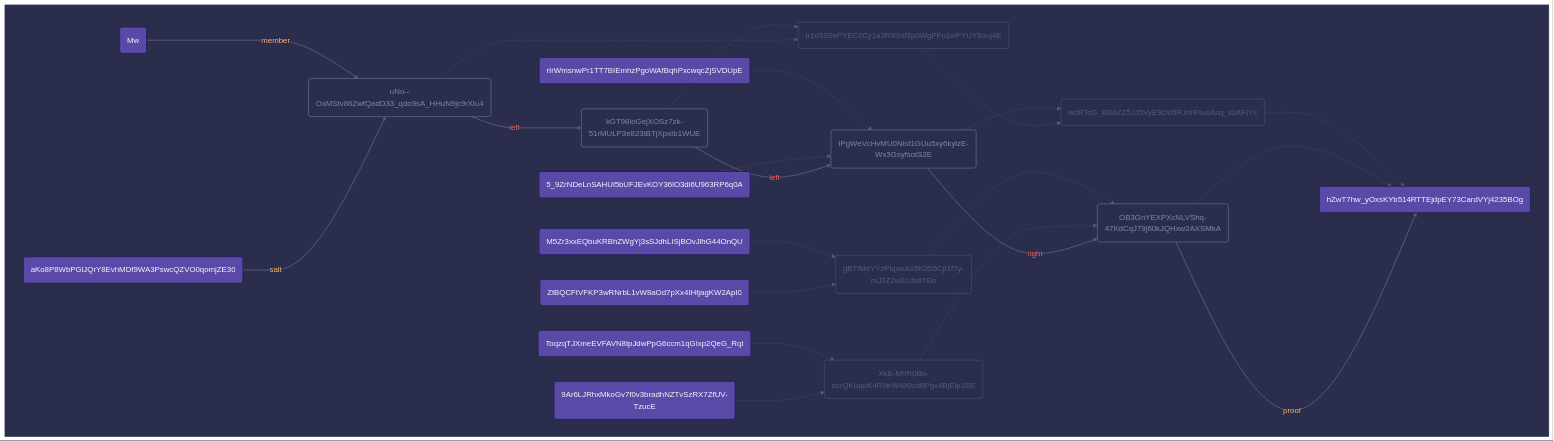
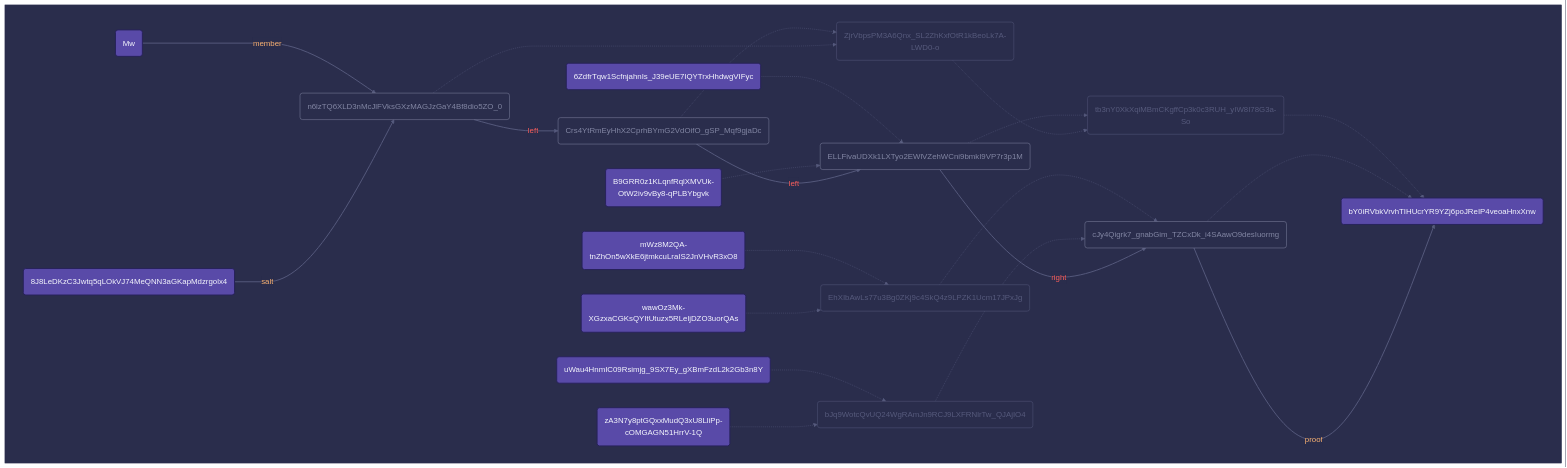
The diagram in packages/merkle-proof/merkle-combined.md (transmute-industries/verifiable-data), drawn with Mermaid before and after one commit. The commit also changed 19 other files, not shown here.

```diff
--- a/packages/merkle-proof/merkle-combined.md
+++ b/packages/merkle-proof/merkle-combined.md
@@ -22,60 +22,60 @@
 linkStyle default fill:none, stroke-width: 1px, stroke: #565a7c
   subgraph &nbsp;
     direction LR
-		fca1f7d357bc7db71ecfa0e8d10fafb4754a71745a2276964e7c21e7188660da("hZwT7hw_yOxsKYb514RTTEjdpEY73CardVYj4235BOg") 
-		2764e768f29811dabf308f93e6b76f4c9edf100f51ac0fd9d3928101a92af2f4("iscRTcG_BDbZZ5JJ5VyE9Od5RJmiFtuoAsq_s2AFIYc") 
-		ef18fdcdecf7266c386a8536c36176fa7380d14600e825713343208ab83afad9("OB3GnYEXPXcNLVShq-47KdCqJ79j60kJQHxw2AXSMkA") 
-		3916a2df29c29440b3c29a3df1df70dcf5c642be8f964b7f27034ffd585e6290("IPgWeVcHvMU0Nisf1GUu5xy6kylzE-Wx3GsyfsotS2E") 
-		b5b9802b26745d9debfb1ea0002b86a52d9bcac3eafeebd8d71d5531211bc472("tr1o5S9kPYECcCy1a3R9Snf3p0WgPFu1wPYUY6uuj4E") 
-		167746b8bd6907f2babd3bd3abc790d330e2bb680c8bc018dddc4ae411c48afd("gBTlMdYYzPlqaoA15h2D5CjI1f7y-mJ2Z2w2oJbbTEo") 
-		59b5ab50b103b22cb5d36ce1f1f42ed0f380d1e35be366ef65bedfd322926f4a("XkE-MhR0Bo-ocrQKuqoK4R9eW480ud6Pgx4BjElp1BE") 
-		a32550d24f3c960035f48b7839b17e18aa6b92531a7c5c4ac242427ecf003693("rIrWmsnwPr1TT7BIEmhzPgoWAfBqhPxcwqcZjSVDUpE") 
-		07a32339385367edc6066d06bc7f87c74441a596d076948754e4768a8ad004e7("5_9ZrNDeLnSAHUl5bUFJEvKOY36lO3di6U963RP6q0A") 
-		f9210b82dd198e1f049f793d69d9ff9eaa78aab930d19ffcf650330d450e3f19("kGT98loGejXOSz7zk-51rMULP3e823tBTjXpxIb1WUE") 
-		42b869007c27bed0f28fe75e04b87214b501fdc6e8ee237984e67ef8eaccd550("uNo--OxMStv86ZwfQadD33_qdo9sA_HHuN9jc9rXlu4") 
-		f8e5da08e515a7fcbc496cb359001f2e363e8acf0a2166c81e032f8e3617e190("M5Zr3xxEQbuKRBhZWgYj3sSJdhLISjBOvJlhG44OnQU") 
-		b60430bd7cce63aaae6e0f797d7997c792e673ad18de37ca7c8cde970d3cdeff("ZtBQCFtVFKP3wRNrbL1vW8aOd7pXx4IHtjagKW2ApI0") 
-		cf1a3eff49dd21b0a9b1ae3d2f9324c278f7095cfdd81993de8dd47797acee3b("ToqzqTJXmeEVFAVN8tpJdwPpG6ccm1qGIxp2QeG_RqI") 
-		f0913d5b8b3bdcef79af8a68aab2475f367a483f39362edd9f9b4d845a781ba9("9Ar6LJRhxMkoGv7f0v3bradhNZTvSzRX7ZfUV-TzucE") 
+		d57a9a1e875746ba91a693567761bf616f0c83478688fc448369f45187b33ab7("bY0iRVbkVrvhTIHUcrYR9YZj6poJReIP4veoaHnxXnw") 
+		5b833e08a9aa1c37c08a30ed473e70b9033905501dfa5d4f504c76ff9faa9fa0("tb3nY0XkXqiMBmCKgffCp3k0c3RUH_yIW8I78G3a-So") 
+		1b834b9480615d9c9b650e1007138d466bedc35b4c9cb401cbf06effbab9c471("cJy4Qigrk7_gnabGim_TZCxDk_i4SAawO9desIuormg") 
+		0f16fb4931662a76b8a0fbdd7856a4502616b80b1833a2cc4fc6a3c3a22dde78("ELLFivaUDXk1LXTyo2EWlVZehWCni9bmkI9VP7r3p1M") 
+		dbca71c3e371765b06775f4383e85380ea518d2df196cc88d5b132fdd9e56b23("ZjrVbpsPM3A6Qnx_SL2ZhKxfOtR1kBeoLk7A-LWD0-o") 
+		3d478150b0ad6077f6244a879b9fce5efcbcead26bbb5c70f05fbacb79d4560e("EhXIbAwLs77u3Bg0ZKj9c4SkQ4z9LPZK1Ucm17JPxJg") 
+		91d0215589b45f7a882c43b1fb486fc9d791f95043dbb4d11afe61c3899f8a31("bJq9WotcQvUQ24WgRAmJn9RCJ9LXFRNlrTw_QJAjIO4") 
+		667690c8c05cec56ba33dda456f20bb9911145f164542ab5f33c799fc20bb982("6ZdfrTqw1ScfnjahnIs_J39eUE7IQYTrxHhdwgVIFyc") 
+		bab21c24a6a7d97c1f37a955476ec59a3ed29f9237f7dfc691a7b16e28b952ff("B9GRR0z1KLqnfRqlXMVUk-OtW2iv9vBy8-qPLBYbgvk") 
+		5831519fc393227f96f10d342628a326852522166ba78660568f60ff10c32799("Crs4YtRmEyHhX2CprhBYmG2VdOifO_gSP_Mqf9gjaDc") 
+		fcd1a855f74de5745adab9919e6574ea03abc8f3181d1b5aea81f72cbae5886b("n6lzTQ6XLD3nMcJlFVksGXzMAGJzGaY4Bf8dio5ZO_0") 
+		1943a1303b8936eddd16d5c85208819149d15efd14b4ef4205d6478d0f443b7b("mWz8M2QA-tnZhOn5wXkE6jtmkcuLraIS2JnVHvR3xO8") 
+		584f2921c8e4728ff54b46f81ce10cda19a25561130f14a5c9b4456aff636d28("wawOz3Mk-XGzxaCGKsQYItUtuzx5RLeljDZO3uorQAs") 
+		76dc12ca4c7191efd09ae1fe6038fbafda044e1be2824c8c3e8250188eb8f4e0("uWau4HnmIC09Rsimjg_9SX7Ey_gXBmFzdL2k2Gb3n8Y") 
+		1eea51f5664f3a30ec8abb65439b3655920a6e1fa4a9ba459722c20522fdf0bf("zA3N7y8ptGQxxMudQ3xU8LliPp-cOMGAGN51HrrV-1Q") 
 		b340a0c7bc54b1e1d1b283e8dcc756f728dc6ead0090008a232e8ff5a5f54be7("Mw") 
-		2cae03cd28cf63be1328d38a1983305e8d81941b4d02b9700c29960e73a6a6c2("aKo8P8WbPGlJQrY8EvhMDf9WA3PswcQZVO0qomjZE30") 
-		2764e768f29811dabf308f93e6b76f4c9edf100f51ac0fd9d3928101a92af2f4 -.-> fca1f7d357bc7db71ecfa0e8d10fafb4754a71745a2276964e7c21e7188660da 
-		ef18fdcdecf7266c386a8536c36176fa7380d14600e825713343208ab83afad9 -.-> fca1f7d357bc7db71ecfa0e8d10fafb4754a71745a2276964e7c21e7188660da 
-		3916a2df29c29440b3c29a3df1df70dcf5c642be8f964b7f27034ffd585e6290 -.-> 2764e768f29811dabf308f93e6b76f4c9edf100f51ac0fd9d3928101a92af2f4 
-		b5b9802b26745d9debfb1ea0002b86a52d9bcac3eafeebd8d71d5531211bc472 -.-> 2764e768f29811dabf308f93e6b76f4c9edf100f51ac0fd9d3928101a92af2f4 
-		167746b8bd6907f2babd3bd3abc790d330e2bb680c8bc018dddc4ae411c48afd -.-> ef18fdcdecf7266c386a8536c36176fa7380d14600e825713343208ab83afad9 
-		59b5ab50b103b22cb5d36ce1f1f42ed0f380d1e35be366ef65bedfd322926f4a -.-> ef18fdcdecf7266c386a8536c36176fa7380d14600e825713343208ab83afad9 
-		a32550d24f3c960035f48b7839b17e18aa6b92531a7c5c4ac242427ecf003693 -.-> 3916a2df29c29440b3c29a3df1df70dcf5c642be8f964b7f27034ffd585e6290 
-		07a32339385367edc6066d06bc7f87c74441a596d076948754e4768a8ad004e7 -.-> 3916a2df29c29440b3c29a3df1df70dcf5c642be8f964b7f27034ffd585e6290 
-		f9210b82dd198e1f049f793d69d9ff9eaa78aab930d19ffcf650330d450e3f19 -.-> b5b9802b26745d9debfb1ea0002b86a52d9bcac3eafeebd8d71d5531211bc472 
-		42b869007c27bed0f28fe75e04b87214b501fdc6e8ee237984e67ef8eaccd550 -.-> b5b9802b26745d9debfb1ea0002b86a52d9bcac3eafeebd8d71d5531211bc472 
-		f8e5da08e515a7fcbc496cb359001f2e363e8acf0a2166c81e032f8e3617e190 -.-> 167746b8bd6907f2babd3bd3abc790d330e2bb680c8bc018dddc4ae411c48afd 
-		b60430bd7cce63aaae6e0f797d7997c792e673ad18de37ca7c8cde970d3cdeff -.-> 167746b8bd6907f2babd3bd3abc790d330e2bb680c8bc018dddc4ae411c48afd 
-		cf1a3eff49dd21b0a9b1ae3d2f9324c278f7095cfdd81993de8dd47797acee3b -.-> 59b5ab50b103b22cb5d36ce1f1f42ed0f380d1e35be366ef65bedfd322926f4a 
-		f0913d5b8b3bdcef79af8a68aab2475f367a483f39362edd9f9b4d845a781ba9 -.-> 59b5ab50b103b22cb5d36ce1f1f42ed0f380d1e35be366ef65bedfd322926f4a 
-		b340a0c7bc54b1e1d1b283e8dcc756f728dc6ead0090008a232e8ff5a5f54be7 -- member --> 42b869007c27bed0f28fe75e04b87214b501fdc6e8ee237984e67ef8eaccd550 
-		2cae03cd28cf63be1328d38a1983305e8d81941b4d02b9700c29960e73a6a6c2 -- salt --> 42b869007c27bed0f28fe75e04b87214b501fdc6e8ee237984e67ef8eaccd550 
-		42b869007c27bed0f28fe75e04b87214b501fdc6e8ee237984e67ef8eaccd550 -- left --> f9210b82dd198e1f049f793d69d9ff9eaa78aab930d19ffcf650330d450e3f19 
-		f9210b82dd198e1f049f793d69d9ff9eaa78aab930d19ffcf650330d450e3f19 -- left --> 3916a2df29c29440b3c29a3df1df70dcf5c642be8f964b7f27034ffd585e6290 
-		3916a2df29c29440b3c29a3df1df70dcf5c642be8f964b7f27034ffd585e6290 -- right --> ef18fdcdecf7266c386a8536c36176fa7380d14600e825713343208ab83afad9 
-		ef18fdcdecf7266c386a8536c36176fa7380d14600e825713343208ab83afad9 -- proof --> fca1f7d357bc7db71ecfa0e8d10fafb4754a71745a2276964e7c21e7188660da 
-		style fca1f7d357bc7db71ecfa0e8d10fafb4754a71745a2276964e7c21e7188660da color:#f5f7fd, fill:#594aa8, stroke:#27225b, stroke-width: 2.0px 
-		style 2764e768f29811dabf308f93e6b76f4c9edf100f51ac0fd9d3928101a92af2f4 stroke:#565a7c, stroke-width: 1.0px 
-		style ef18fdcdecf7266c386a8536c36176fa7380d14600e825713343208ab83afad9 color:#8286a3, stroke:#8286a3, stroke-width: 1.0px 
-		style 3916a2df29c29440b3c29a3df1df70dcf5c642be8f964b7f27034ffd585e6290 color:#8286a3, stroke:#8286a3, stroke-width: 1.0px 
-		style b5b9802b26745d9debfb1ea0002b86a52d9bcac3eafeebd8d71d5531211bc472 stroke:#565a7c, stroke-width: 1.0px 
-		style 167746b8bd6907f2babd3bd3abc790d330e2bb680c8bc018dddc4ae411c48afd stroke:#565a7c, stroke-width: 1.0px 
-		style 59b5ab50b103b22cb5d36ce1f1f42ed0f380d1e35be366ef65bedfd322926f4a stroke:#565a7c, stroke-width: 1.0px 
-		style a32550d24f3c960035f48b7839b17e18aa6b92531a7c5c4ac242427ecf003693 color:#f5f7fd, fill:#594aa8, stroke:#27225b, stroke-width: 2.0px 
-		style 07a32339385367edc6066d06bc7f87c74441a596d076948754e4768a8ad004e7 color:#f5f7fd, fill:#594aa8, stroke:#27225b, stroke-width: 2.0px 
-		style f9210b82dd198e1f049f793d69d9ff9eaa78aab930d19ffcf650330d450e3f19 color:#8286a3, stroke:#8286a3, stroke-width: 1.0px 
-		style 42b869007c27bed0f28fe75e04b87214b501fdc6e8ee237984e67ef8eaccd550 color:#8286a3, stroke:#8286a3, stroke-width: 1.0px 
-		style f8e5da08e515a7fcbc496cb359001f2e363e8acf0a2166c81e032f8e3617e190 color:#f5f7fd, fill:#594aa8, stroke:#27225b, stroke-width: 2.0px 
-		style b60430bd7cce63aaae6e0f797d7997c792e673ad18de37ca7c8cde970d3cdeff color:#f5f7fd, fill:#594aa8, stroke:#27225b, stroke-width: 2.0px 
-		style cf1a3eff49dd21b0a9b1ae3d2f9324c278f7095cfdd81993de8dd47797acee3b color:#f5f7fd, fill:#594aa8, stroke:#27225b, stroke-width: 2.0px 
-		style f0913d5b8b3bdcef79af8a68aab2475f367a483f39362edd9f9b4d845a781ba9 color:#f5f7fd, fill:#594aa8, stroke:#27225b, stroke-width: 2.0px 
+		230021e457f7cda77acaa2a563599d892a435aec179965e8a25c4bab11f6ce9a("8J8LeDKzC3Jwtq5qLOkVJ74MeQNN3aGKapMdzrgolx4") 
+		5b833e08a9aa1c37c08a30ed473e70b9033905501dfa5d4f504c76ff9faa9fa0 -.-> d57a9a1e875746ba91a693567761bf616f0c83478688fc448369f45187b33ab7 
+		1b834b9480615d9c9b650e1007138d466bedc35b4c9cb401cbf06effbab9c471 -.-> d57a9a1e875746ba91a693567761bf616f0c83478688fc448369f45187b33ab7 
+		0f16fb4931662a76b8a0fbdd7856a4502616b80b1833a2cc4fc6a3c3a22dde78 -.-> 5b833e08a9aa1c37c08a30ed473e70b9033905501dfa5d4f504c76ff9faa9fa0 
+		dbca71c3e371765b06775f4383e85380ea518d2df196cc88d5b132fdd9e56b23 -.-> 5b833e08a9aa1c37c08a30ed473e70b9033905501dfa5d4f504c76ff9faa9fa0 
+		3d478150b0ad6077f6244a879b9fce5efcbcead26bbb5c70f05fbacb79d4560e -.-> 1b834b9480615d9c9b650e1007138d466bedc35b4c9cb401cbf06effbab9c471 
+		91d0215589b45f7a882c43b1fb486fc9d791f95043dbb4d11afe61c3899f8a31 -.-> 1b834b9480615d9c9b650e1007138d466bedc35b4c9cb401cbf06effbab9c471 
+		667690c8c05cec56ba33dda456f20bb9911145f164542ab5f33c799fc20bb982 -.-> 0f16fb4931662a76b8a0fbdd7856a4502616b80b1833a2cc4fc6a3c3a22dde78 
+		bab21c24a6a7d97c1f37a955476ec59a3ed29f9237f7dfc691a7b16e28b952ff -.-> 0f16fb4931662a76b8a0fbdd7856a4502616b80b1833a2cc4fc6a3c3a22dde78 
+		5831519fc393227f96f10d342628a326852522166ba78660568f60ff10c32799 -.-> dbca71c3e371765b06775f4383e85380ea518d2df196cc88d5b132fdd9e56b23 
+		fcd1a855f74de5745adab9919e6574ea03abc8f3181d1b5aea81f72cbae5886b -.-> dbca71c3e371765b06775f4383e85380ea518d2df196cc88d5b132fdd9e56b23 
+		1943a1303b8936eddd16d5c85208819149d15efd14b4ef4205d6478d0f443b7b -.-> 3d478150b0ad6077f6244a879b9fce5efcbcead26bbb5c70f05fbacb79d4560e 
+		584f2921c8e4728ff54b46f81ce10cda19a25561130f14a5c9b4456aff636d28 -.-> 3d478150b0ad6077f6244a879b9fce5efcbcead26bbb5c70f05fbacb79d4560e 
+		76dc12ca4c7191efd09ae1fe6038fbafda044e1be2824c8c3e8250188eb8f4e0 -.-> 91d0215589b45f7a882c43b1fb486fc9d791f95043dbb4d11afe61c3899f8a31 
+		1eea51f5664f3a30ec8abb65439b3655920a6e1fa4a9ba459722c20522fdf0bf -.-> 91d0215589b45f7a882c43b1fb486fc9d791f95043dbb4d11afe61c3899f8a31 
+		b340a0c7bc54b1e1d1b283e8dcc756f728dc6ead0090008a232e8ff5a5f54be7 -- member --> fcd1a855f74de5745adab9919e6574ea03abc8f3181d1b5aea81f72cbae5886b 
+		230021e457f7cda77acaa2a563599d892a435aec179965e8a25c4bab11f6ce9a -- salt --> fcd1a855f74de5745adab9919e6574ea03abc8f3181d1b5aea81f72cbae5886b 
+		fcd1a855f74de5745adab9919e6574ea03abc8f3181d1b5aea81f72cbae5886b -- left --> 5831519fc393227f96f10d342628a326852522166ba78660568f60ff10c32799 
+		5831519fc393227f96f10d342628a326852522166ba78660568f60ff10c32799 -- left --> 0f16fb4931662a76b8a0fbdd7856a4502616b80b1833a2cc4fc6a3c3a22dde78 
+		0f16fb4931662a76b8a0fbdd7856a4502616b80b1833a2cc4fc6a3c3a22dde78 -- right --> 1b834b9480615d9c9b650e1007138d466bedc35b4c9cb401cbf06effbab9c471 
+		1b834b9480615d9c9b650e1007138d466bedc35b4c9cb401cbf06effbab9c471 -- proof --> d57a9a1e875746ba91a693567761bf616f0c83478688fc448369f45187b33ab7 
+		style d57a9a1e875746ba91a693567761bf616f0c83478688fc448369f45187b33ab7 color:#f5f7fd, fill:#594aa8, stroke:#27225b, stroke-width: 2.0px 
+		style 5b833e08a9aa1c37c08a30ed473e70b9033905501dfa5d4f504c76ff9faa9fa0 stroke:#565a7c, stroke-width: 1.0px 
+		style 1b834b9480615d9c9b650e1007138d466bedc35b4c9cb401cbf06effbab9c471 color:#8286a3, stroke:#8286a3, stroke-width: 1.0px 
+		style 0f16fb4931662a76b8a0fbdd7856a4502616b80b1833a2cc4fc6a3c3a22dde78 color:#8286a3, stroke:#8286a3, stroke-width: 1.0px 
+		style dbca71c3e371765b06775f4383e85380ea518d2df196cc88d5b132fdd9e56b23 stroke:#565a7c, stroke-width: 1.0px 
+		style 3d478150b0ad6077f6244a879b9fce5efcbcead26bbb5c70f05fbacb79d4560e stroke:#565a7c, stroke-width: 1.0px 
+		style 91d0215589b45f7a882c43b1fb486fc9d791f95043dbb4d11afe61c3899f8a31 stroke:#565a7c, stroke-width: 1.0px 
+		style 667690c8c05cec56ba33dda456f20bb9911145f164542ab5f33c799fc20bb982 color:#f5f7fd, fill:#594aa8, stroke:#27225b, stroke-width: 2.0px 
+		style bab21c24a6a7d97c1f37a955476ec59a3ed29f9237f7dfc691a7b16e28b952ff color:#f5f7fd, fill:#594aa8, stroke:#27225b, stroke-width: 2.0px 
+		style 5831519fc393227f96f10d342628a326852522166ba78660568f60ff10c32799 color:#8286a3, stroke:#8286a3, stroke-width: 1.0px 
+		style fcd1a855f74de5745adab9919e6574ea03abc8f3181d1b5aea81f72cbae5886b color:#8286a3, stroke:#8286a3, stroke-width: 1.0px 
+		style 1943a1303b8936eddd16d5c85208819149d15efd14b4ef4205d6478d0f443b7b color:#f5f7fd, fill:#594aa8, stroke:#27225b, stroke-width: 2.0px 
+		style 584f2921c8e4728ff54b46f81ce10cda19a25561130f14a5c9b4456aff636d28 color:#f5f7fd, fill:#594aa8, stroke:#27225b, stroke-width: 2.0px 
+		style 76dc12ca4c7191efd09ae1fe6038fbafda044e1be2824c8c3e8250188eb8f4e0 color:#f5f7fd, fill:#594aa8, stroke:#27225b, stroke-width: 2.0px 
+		style 1eea51f5664f3a30ec8abb65439b3655920a6e1fa4a9ba459722c20522fdf0bf color:#f5f7fd, fill:#594aa8, stroke:#27225b, stroke-width: 2.0px 
 		style b340a0c7bc54b1e1d1b283e8dcc756f728dc6ead0090008a232e8ff5a5f54be7 color:#f5f7fd, fill:#594aa8, stroke:#27225b, stroke-width: 2.0px 
-		style 2cae03cd28cf63be1328d38a1983305e8d81941b4d02b9700c29960e73a6a6c2 color:#f5f7fd, fill:#594aa8, stroke:#27225b, stroke-width: 2.0px 
+		style 230021e457f7cda77acaa2a563599d892a435aec179965e8a25c4bab11f6ce9a color:#f5f7fd, fill:#594aa8, stroke:#27225b, stroke-width: 2.0px 
 		linkStyle 0 color:#565a7c, stroke:#565a7c, stroke-width: 1.0px 
 		linkStyle 1 color:#565a7c, stroke:#565a7c, stroke-width: 1.0px 
 		linkStyle 2 color:#565a7c, stroke:#565a7c, stroke-width: 1.0px 
```
